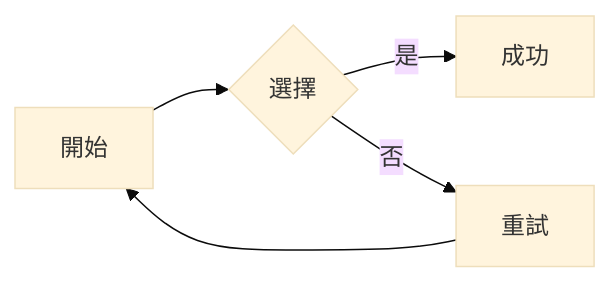
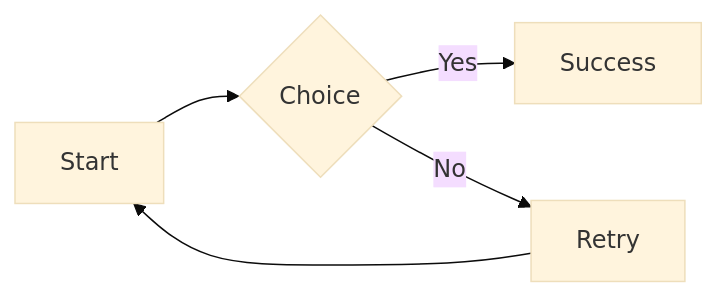
The second of 3 diagrams in Fixtures/mermaid.md (iCross/mdview), drawn with Mermaid (base theme) before and after one commit. The commit also changed other lines of this file and 18 other files, not shown here.

````diff
--- a/Fixtures/mermaid.md
+++ b/Fixtures/mermaid.md
@@ -14,7 +14,7 @@
 ```mermaid
 flowchart LR
-  A[開始] --> B{選擇}
-  B -->|是| C[成功]
-  B -->|否| D[重試]
+  A[Start] --> B{Choice}
+  B -->|Yes| C[Success]
+  B -->|No| D[Retry]
   D --> A
 ```
````
